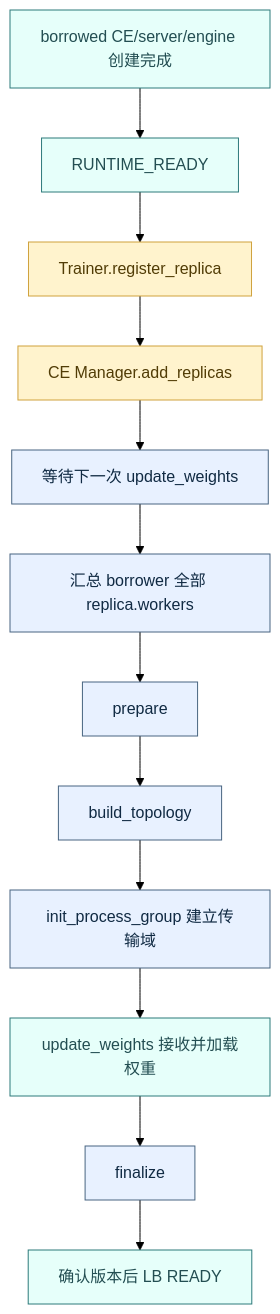
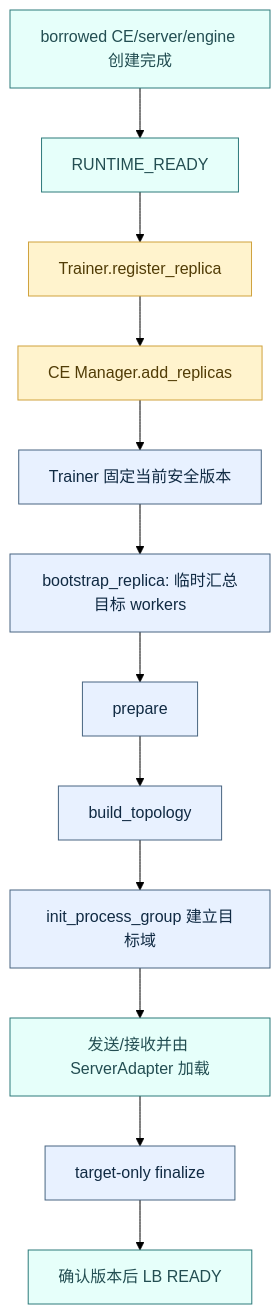
Before and after one commit to ZiqiGuan892/verl_expansion: the tenth of 11 diagrams in docs/verl_expansion.md, drawn with Mermaid (forest theme). The commit also changed other lines of this file and 13 other files, not shown here.

````diff
--- a/docs/verl_expansion.md
+++ b/docs/verl_expansion.md
@@ -1140,20 +1835,20 @@
 ```mermaid
 graph TD
     A["borrowed CE/server/engine 创建完成"] --> B["RUNTIME_READY"]
     B --> C["Trainer.register_replica"]
     C --> D["CE Manager.add_replicas"]
-    D --> E["等待下一次 update_weights"]
-    E --> F["汇总 borrower 全部 replica.workers"]
+    D --> E["Trainer 固定当前安全版本"]
+    E --> F["bootstrap_replica: 临时汇总目标 workers"]
     F --> G["prepare"]
     G --> H["build_topology"]
-    H --> I["init_process_group 建立传输域"]
-    I --> J["update_weights 接收并加载权重"]
-    J --> K["finalize"]
+    H --> I["init_process_group 建立目标域"]
+    I --> J["发送/接收并由 ServerAdapter 加载"]
+    J --> K["target-only finalize"]
     K --> L["确认版本后 LB READY"]
     classDef native fill:#E8F1FF,stroke:#486581,color:#102A43
     classDef extension fill:#FFF3CD,stroke:#D0A23D,color:#513C06
     classDef runtime fill:#E6FFFA,stroke:#2C7A7B,color:#234E52
     class A,B,J,L runtime
     class C,D extension
     class E,F,G,H,I,K native
 ```
````
